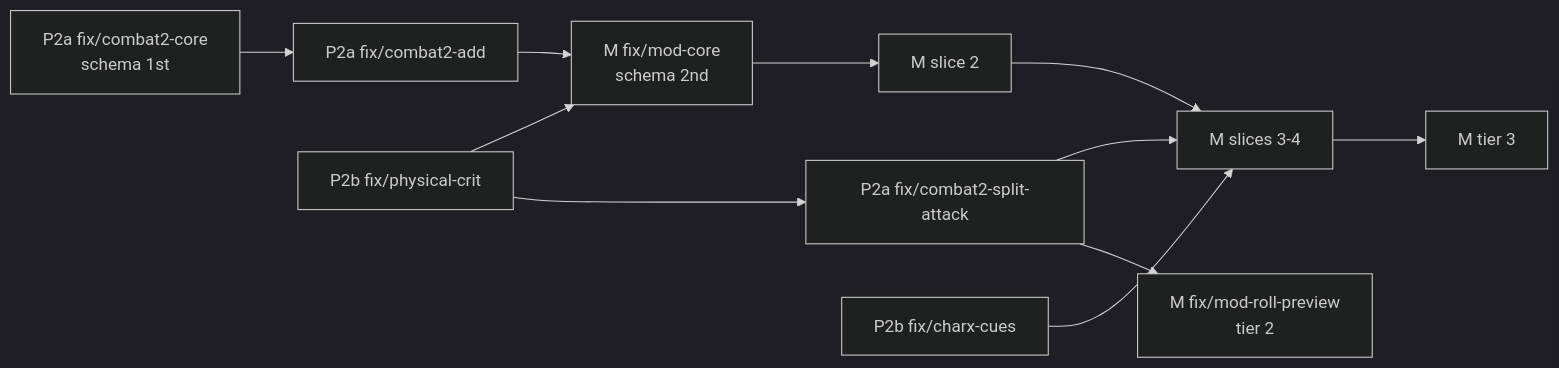
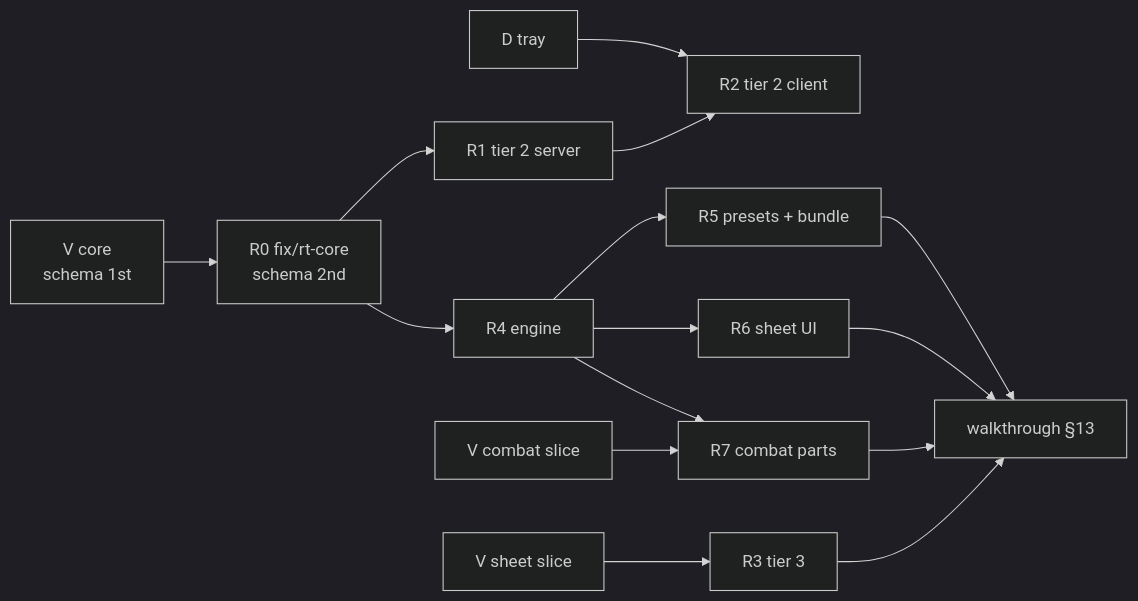
Before and after one commit to szymonbalasz/pocket-plane: the third of 3 diagrams in docs/specs/effect-modifiers.md, drawn with Mermaid (dark theme). The commit also changed other lines of this file and 1 other file, not shown here.

Commit message:
Specify MOD tiers 2-3 and rule triggers for sprint 3

````diff
--- a/docs/specs/effect-modifiers.md
+++ b/docs/specs/effect-modifiers.md
@@ -346,13 +525,17 @@
 ```mermaid
 flowchart LR
-  C1[P2a fix/combat2-core<br/>schema 1st] --> AD[P2a fix/combat2-add]
-  AD --> MC[M fix/mod-core<br/>schema 2nd]
-  PC[P2b fix/physical-crit] --> MC
-  MC --> M2[M slice 2]
-  SA[P2a fix/combat2-split-attack] --> M3[M slices 3-4]
-  CC[P2b fix/charx-cues] --> M3
-  M2 --> M3
-  PC --> SA
-  SA --> M5[M fix/mod-roll-preview<br/>tier 2]
-  M3 --> M7[M tier 3]
+  VC[V core<br/>schema 1st] --> R0[R0 fix/rt-core<br/>schema 2nd]
+  R0 --> R1[R1 tier 2 server]
+  R0 --> R4[R4 engine]
+  DT[D tray] --> R2[R2 tier 2 client]
+  R1 --> R2
+  VS[V sheet slice] --> R3[R3 tier 3]
+  R4 --> R5[R5 presets + bundle]
+  R4 --> R6[R6 sheet UI]
+  R4 --> R7[R7 combat parts]
+  VCB[V combat slice] --> R7
+  R5 --> W[walkthrough §13]
+  R6 --> W
+  R7 --> W
+  R3 --> W
 ```
````
